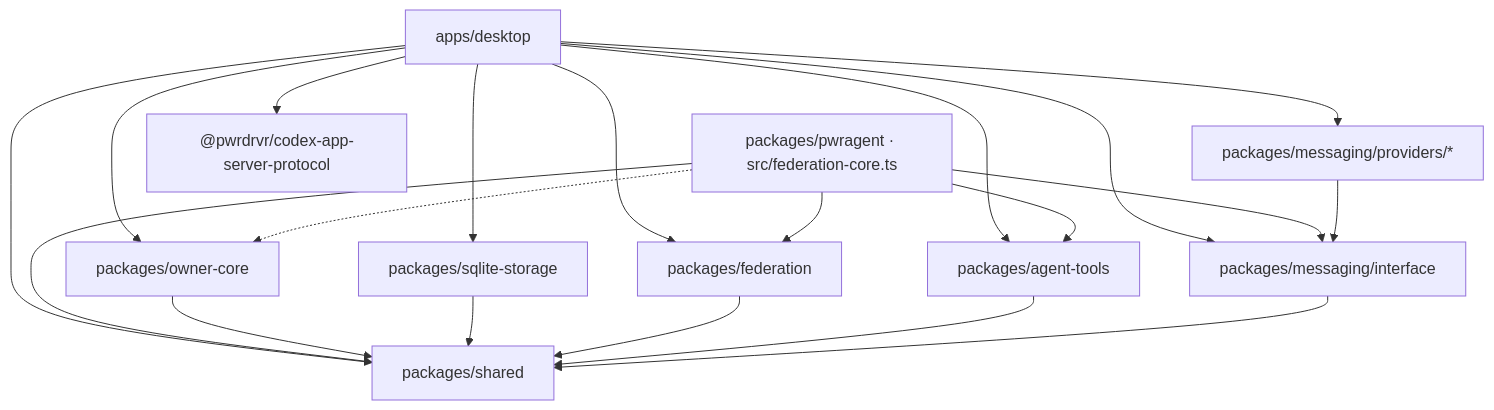
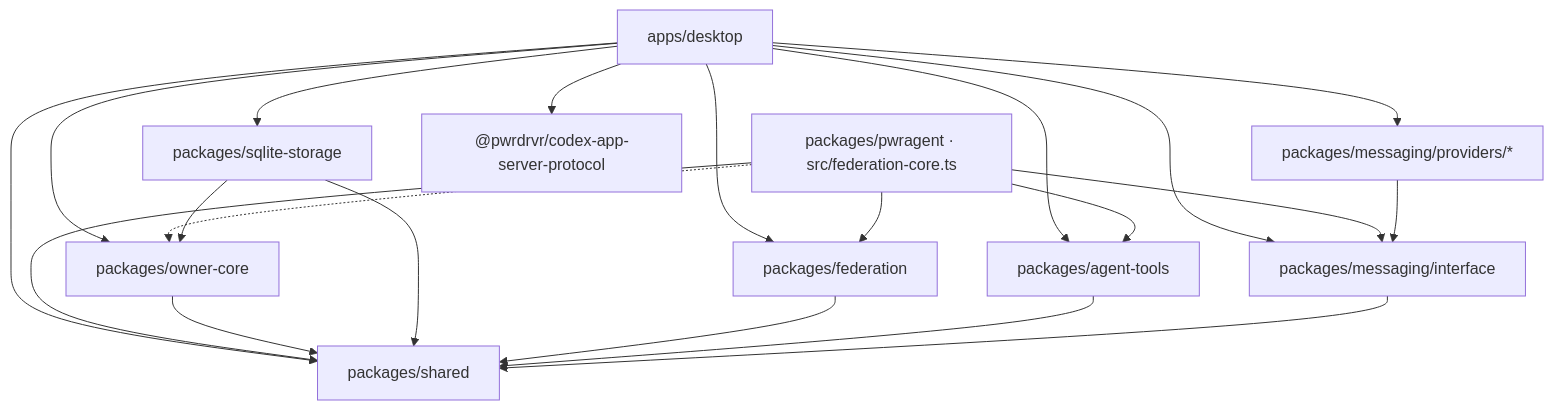
Before and after one commit to pwrdrvr/PwrAgent: the fifth of 5 diagrams in ARCHITECTURE.md, drawn with Mermaid. The commit also changed other lines of this file and 9 other files, not shown here.

````diff
--- a/ARCHITECTURE.md
+++ b/ARCHITECTURE.md
@@ -541,32 +546,33 @@
 ```mermaid
 graph TB
     DesktopApp["apps/desktop"]
     Outpost["packages/pwragent · src/federation-core.ts"]
     OwnerCore["packages/owner-core"]
     SqliteStorage["packages/sqlite-storage"]
     Federation["packages/federation"]
     AgentTools["packages/agent-tools"]
     MsgProviders["packages/messaging/providers/*"]
     MsgInterface["packages/messaging/interface"]
     Shared["packages/shared"]
 
     DesktopApp --> MsgProviders
     DesktopApp --> MsgInterface
     DesktopApp --> Shared
     DesktopApp --> Federation
     DesktopApp --> AgentTools
     DesktopApp --> OwnerCore
     DesktopApp --> SqliteStorage
     DesktopApp --> CodexProto["@pwrdrvr/codex-app-server-protocol"]
     Outpost --> Federation
     Outpost --> AgentTools
     Outpost --> Shared
     Outpost --> MsgInterface
     Outpost -.-> OwnerCore
     OwnerCore --> Shared
     SqliteStorage --> Shared
+    SqliteStorage --> OwnerCore
     Federation --> Shared
     AgentTools --> Shared
     MsgProviders --> MsgInterface
     MsgInterface --> Shared
 ```
````
